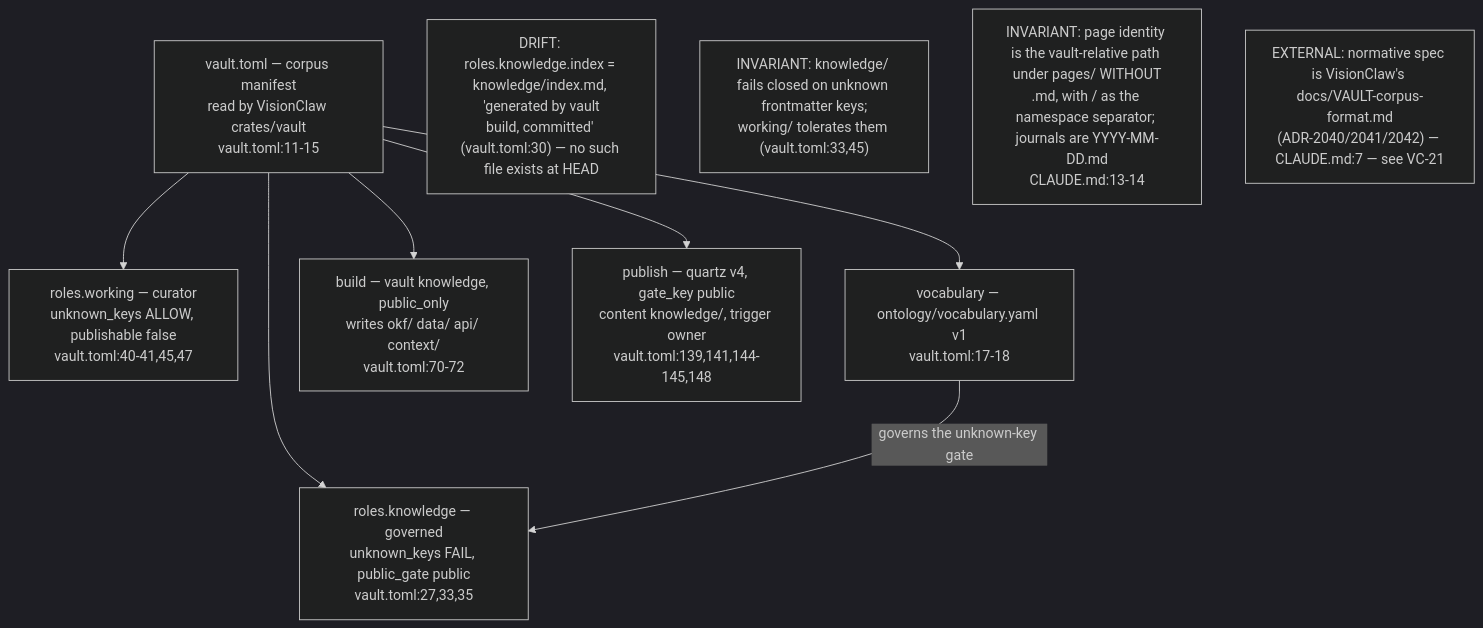
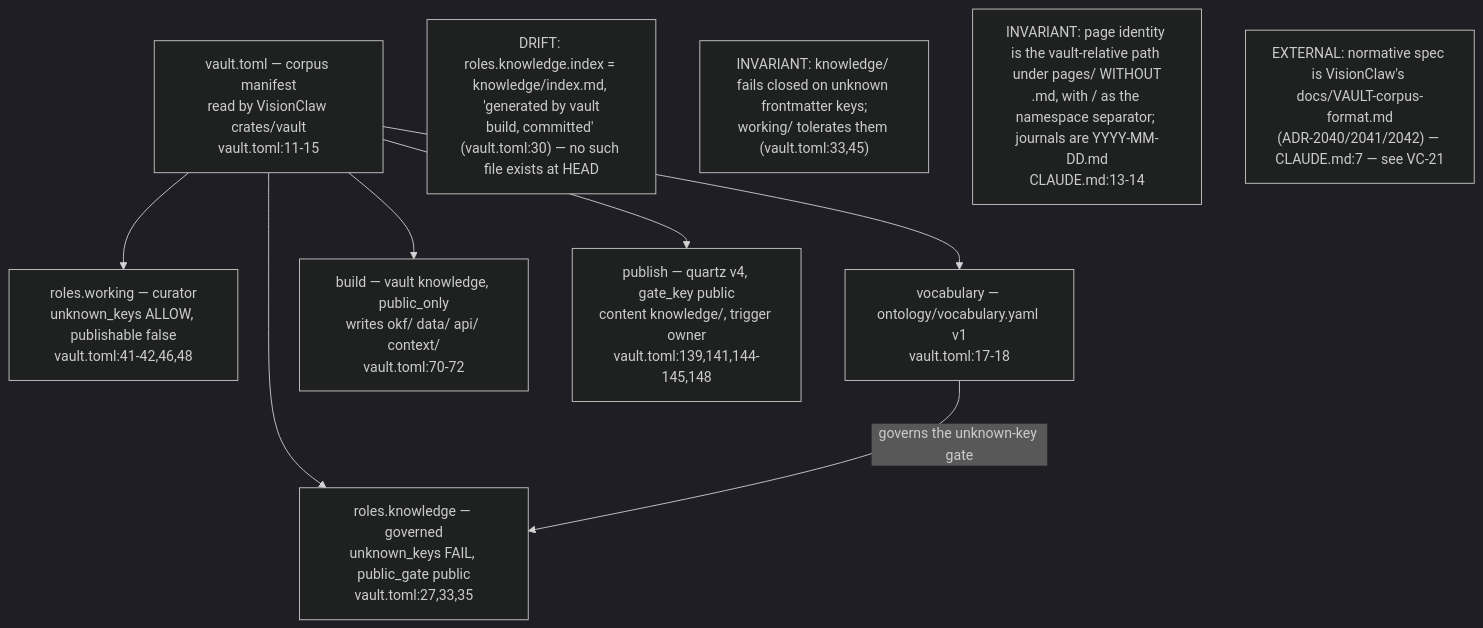
Before and after one commit to DreamLab-AI/VisionFlow: the fourth of 6 diagrams in docs/diagrams/visiongraph/01-vault-structure-and-contract.md, drawn with Mermaid (dark theme). The commit also changed other lines of this file and 10 other files, not shown here.

First line of the commit message:
docs(diagrams): close ER-1 to ER-4 and ER-33 across ten topics, re-stamped

````diff
--- a/docs/diagrams/visiongraph/01-vault-structure-and-contract.md
+++ b/docs/diagrams/visiongraph/01-vault-structure-and-contract.md
@@ -112,19 +112,19 @@
 ```mermaid
 flowchart TB
     MAN["vault.toml — corpus manifest<br/>read by VisionClaw crates/vault<br/>vault.toml:11-15"]
     RK["roles.knowledge — governed<br/>unknown_keys FAIL, public_gate public<br/>vault.toml:27,33,35"]
-    RW["roles.working — curator<br/>unknown_keys ALLOW, publishable false<br/>vault.toml:40-41,45,47"]
+    RW["roles.working — curator<br/>unknown_keys ALLOW, publishable false<br/>vault.toml:41-42,46,48"]
     VOC["vocabulary — ontology/vocabulary.yaml v1<br/>vault.toml:17-18"]
     BLD["build — vault knowledge, public_only<br/>writes okf/ data/ api/ context/<br/>vault.toml:70-72"]
     PUB["publish — quartz v4, gate_key public<br/>content knowledge/, trigger owner<br/>vault.toml:139,141,144-145,148"]
     MAN --> RK
     MAN --> RW
     MAN --> VOC
     MAN --> BLD
     MAN --> PUB
     VOC -->|"governs the unknown-key gate"| RK
     note1["DRIFT: roles.knowledge.index = knowledge#47;index.md, 'generated by vault<br/>build, committed' #40;vault.toml:30#41; — no such file exists at HEAD"]
     note2["INVARIANT: knowledge/ fails closed on unknown frontmatter keys;<br/>working/ tolerates them #40;vault.toml:33,45#41;"]
     note3["INVARIANT: page identity is the vault-relative path under pages/ WITHOUT<br/>.md, with / as the namespace separator; journals are YYYY-MM-DD.md<br/>CLAUDE.md:13-14"]
     note4["EXTERNAL: normative spec is VisionClaw's docs/VAULT-corpus-format.md<br/>#40;ADR-2040/2041/2042#41; — CLAUDE.md:7 — see VC-21"]
 ```
````
